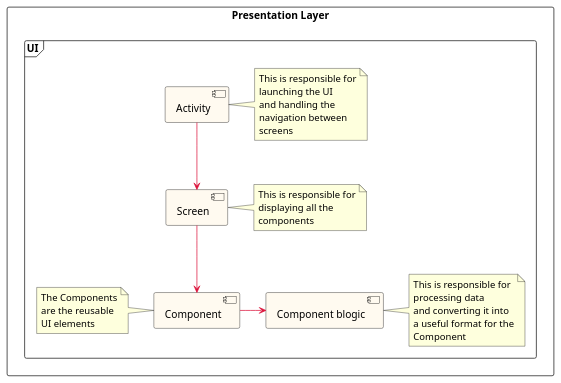
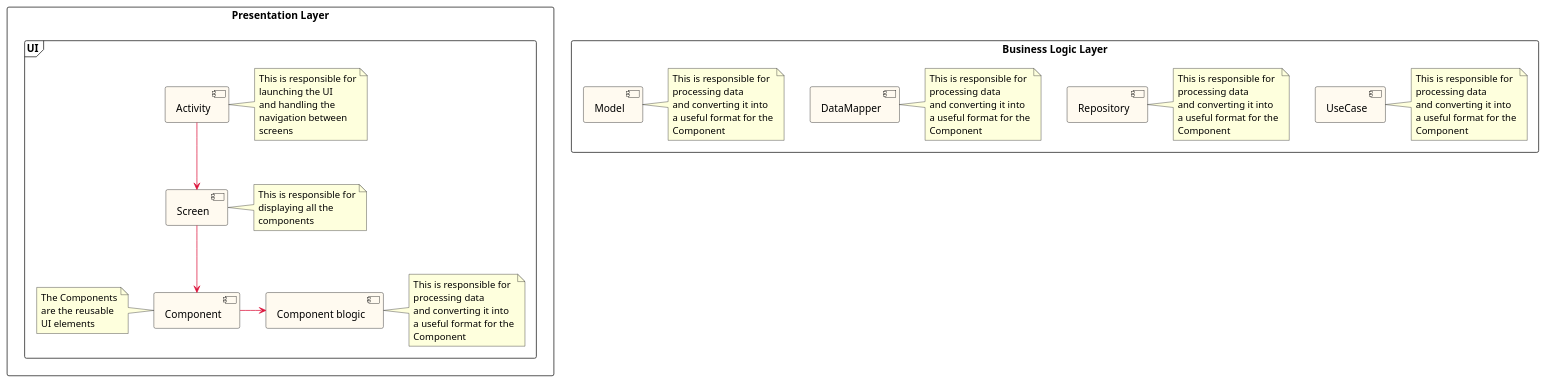
Before and after one commit to arshad-shah/Nimaz: the diagram in app/src/main/java/com/arshadshah/nimaz/diagrams/arcitecture/ApplicationLayers.puml, drawn with PlantUML. The commit also changed 10 other files, not shown here.

```diff
--- a/app/src/main/java/com/arshadshah/nimaz/diagrams/arcitecture/ApplicationLayers.puml
+++ b/app/src/main/java/com/arshadshah/nimaz/diagrams/arcitecture/ApplicationLayers.puml
@@ -1,60 +1,97 @@
 @startuml
 'This digram summarises the layers of the application
 skinparam componentStyle uml2
 skinparam component {
   BackgroundColor FloralWhite
   BorderColor Black
   ArrowColor Crimson
 }
 
 'Layers
 rectangle "Presentation Layer" as Presentation {
 
     frame "UI" as UI {
       [Component]
       note left
         The Components
         are the reusable
         UI elements
       end note
 
       [Component blogic]
       note right
         This is responsible for
         processing data
         and converting it into
         a useful format for the
         Component
       end note
 
       [Screen]
       note right
         This is responsible for
         displaying all the
         components
       end note
 
       [Activity]
       note right
         This is responsible for
         launching the UI
         and handling the
         navigation between
         screens
       end note
      }
 
      'activity calls screen
         [Activity] -down-> [Screen]
         [Screen] -down-> [Component]
         [Component] -right-> [Component blogic]
 
 
 }
 
 'business logic
+rectangle "Business Logic Layer" as BusinessLogic {
+    [UseCase]
+    note right
+      This is responsible for
+      processing data
+      and converting it into
+      a useful format for the
+      Component
+    end note
+
+    [Repository]
+    note right
+      This is responsible for
+      processing data
+      and converting it into
+      a useful format for the
+      Component
+    end note
+
+    [DataMapper]
+    note right
+      This is responsible for
+      processing data
+      and converting it into
+      a useful format for the
+      Component
+    end note
+
+    [Model]
+    note right
+      This is responsible for
+      processing data
+      and converting it into
+      a useful format for the
+      Component
+    end note
+}
 
 
 
 
 @enduml
```
